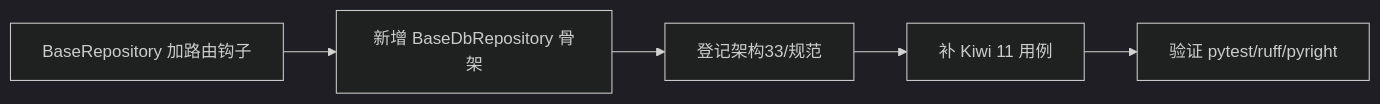
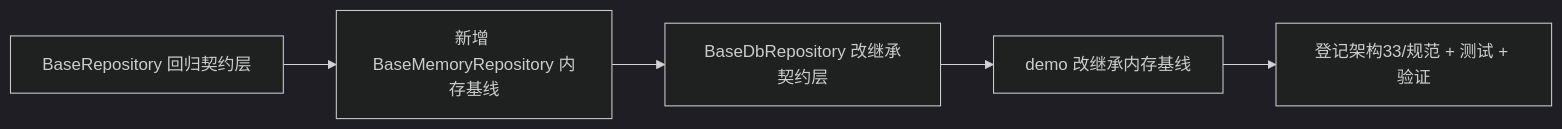
One commit to minjian123/basic-management-system changed the diagram in bms文档/项目/01_项目骨架/任务/02_后端基座/02_后端基座_02_模块基类/02_后端基座_02_模块基类_01_数据访问基类/实施/01_实施_01_数据访问基类.md. Above: the diagram before and after it, drawn with Mermaid (dark theme). The commit also changed other lines of this file and 24 other files, not shown here.

````diff
--- a/bms文档/项目/01_项目骨架/任务/02_后端基座/02_后端基座_02_模块基类/02_后端基座_02_模块基类_01_数据访问基类/实施/01_实施_01_数据访问基类.md
+++ b/bms文档/项目/01_项目骨架/任务/02_后端基座/02_后端基座_02_模块基类/02_后端基座_02_模块基类_01_数据访问基类/实施/01_实施_01_数据访问基类.md
@@ -22,7 +22,7 @@
 ```mermaid
 flowchart LR
-    A[BaseRepository 加路由钩子] --> B[新增 BaseDbRepository 骨架]
-    B --> C[登记架构33/规范]
-    C --> D[补 Kiwi 11 用例]
-    D --> E[验证 pytest/ruff/pyright]
+    A[BaseRepository 回归契约层] --> B[新增 BaseMemoryRepository 内存基线]
+    B --> C[BaseDbRepository 改继承契约层]
+    C --> D[demo 改继承内存基线]
+    D --> E[登记架构33/规范 + 测试 + 验证]
 ```
````
